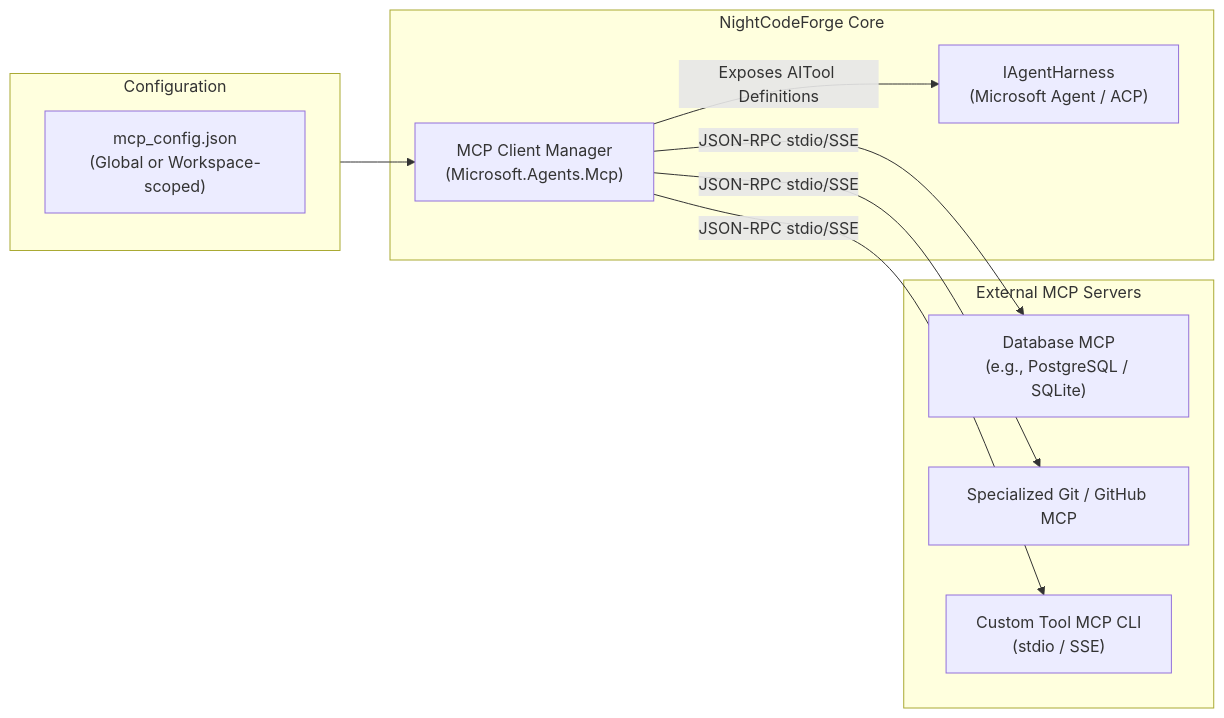
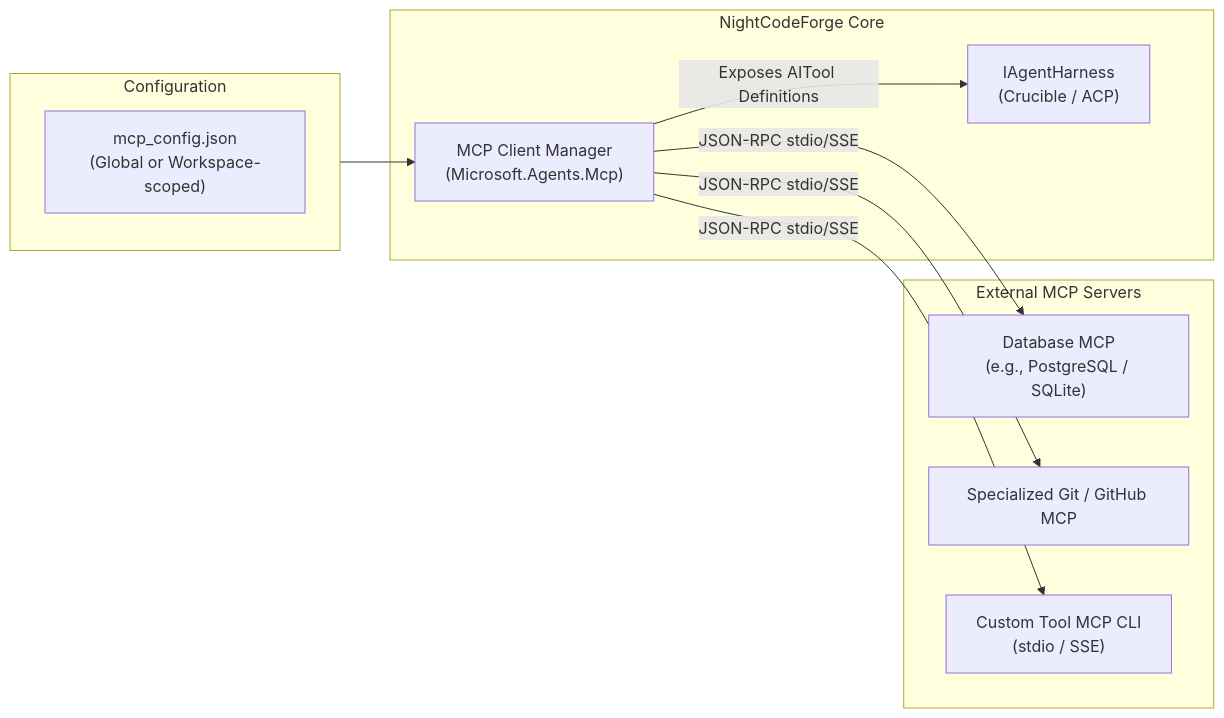
One commit to jetelain/NightCodeForge changed the eighth of 14 diagrams in docs/ARCHITECTURE.md. Above: the diagram before and after it, drawn with Mermaid. The commit also changed other lines of this file and 2 other files, not shown here.

````diff
--- a/docs/ARCHITECTURE.md
+++ b/docs/ARCHITECTURE.md
@@ -518,23 +539,23 @@
 ```mermaid
 flowchart LR
     subgraph NightCodeForge ["NightCodeForge Core"]
-        Harness["IAgentHarness\n(Microsoft Agent / ACP)"]
+        Harness["IAgentHarness\n(Crucible / ACP)"]
         McpManager["MCP Client Manager\n(Microsoft.Agents.Mcp)"]
     end
 
     subgraph Config ["Configuration"]
         McpConfig["mcp_config.json\n(Global or Workspace-scoped)"]
     end
 
     subgraph MCPServers ["External MCP Servers"]
         DbMcp["Database MCP\n(e.g., PostgreSQL / SQLite)"]
         GitMcp["Specialized Git / GitHub MCP"]
         CustomMcp["Custom Tool MCP CLI\n(stdio / SSE)"]
     end
 
     Config --> McpManager
     McpManager -->|JSON-RPC stdio/SSE| DbMcp
     McpManager -->|JSON-RPC stdio/SSE| GitMcp
     McpManager -->|JSON-RPC stdio/SSE| CustomMcp
     McpManager -->|Exposes AITool Definitions| Harness
 ```
````
